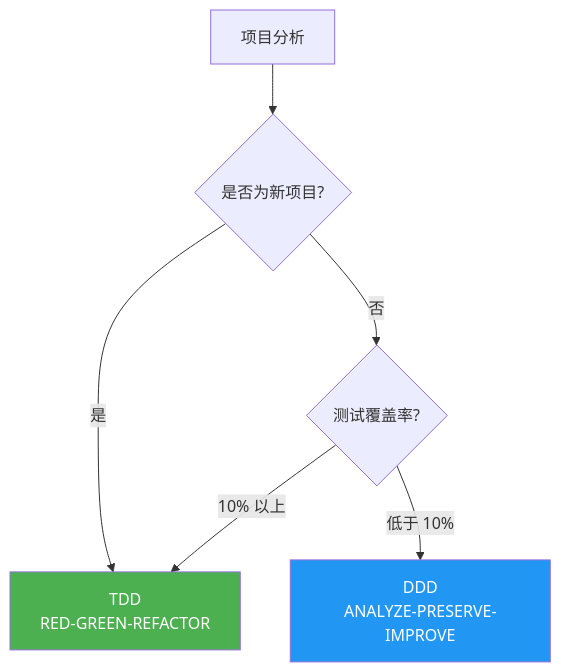
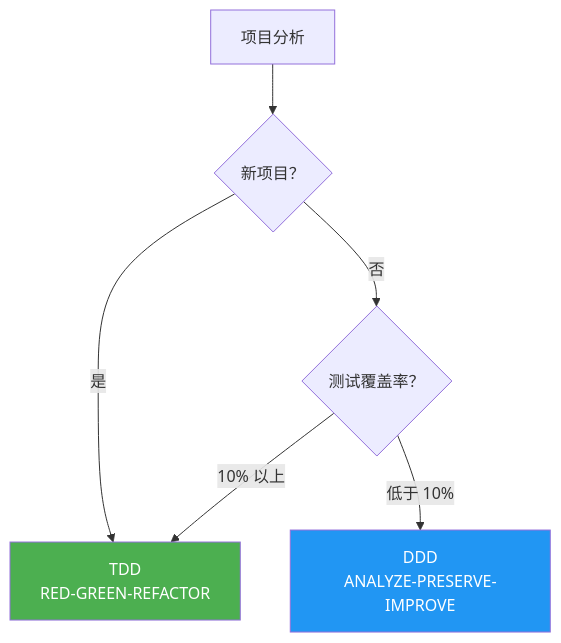
One commit to modu-ai/moai-adk changed the first of 7 diagrams in docs-site/content/zh/core-concepts/ddd.md. Above: the diagram before and after it, drawn with Mermaid. The commit also changed other lines of this file and 395 other files, not shown here.

````diff
--- a/docs-site/content/zh/core-concepts/ddd.md
+++ b/docs-site/content/zh/core-concepts/ddd.md
@@ -19,11 +17,11 @@
 ```mermaid
 flowchart TD
-    A["项目分析"] --> B{"是否为新项目?"}
+    A["项目分析"] --> B{"新项目？"}
     B -->|"是"| C["TDD\nRED-GREEN-REFACTOR"]
-    B -->|"否"| D{"测试覆盖率?"}
+    B -->|"否"| D{"测试覆盖率？"}
     D -->|"10% 以上"| C
     D -->|"低于 10%"| E["DDD\nANALYZE-PRESERVE-IMPROVE"]
 
     style C fill:#4CAF50,color:#fff
     style E fill:#2196F3,color:#fff
 ```
````
